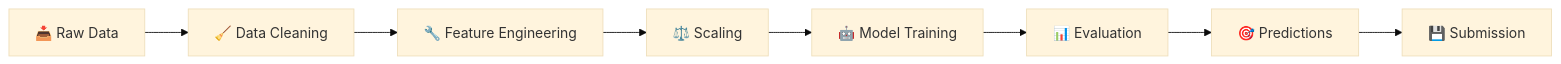
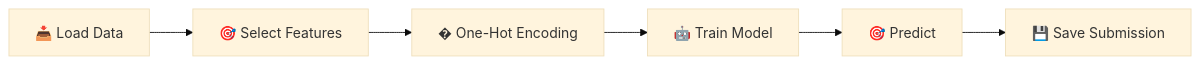
The diagram in README.md (NourSaudi/Titanic), drawn with Mermaid (base theme) before and after one commit. The commit also changed other lines of this file, not shown here.

````diff
--- a/README.md
+++ b/README.md
@@ -174,10 +162,8 @@
 ```mermaid
 graph LR
-    A[📥 Raw Data] --> B[🧹 Data Cleaning]
-    B --> C[🔧 Feature Engineering]
-    C --> D[⚖️ Scaling]
-    D --> E[🤖 Model Training]
-    E --> F[📊 Evaluation]
-    F --> G[🎯 Predictions]
-    G --> H[💾 Submission]
+    A[📥 Load Data] --> B[🎯 Select Features]
+    B --> C[� One-Hot Encoding]
+    C --> D[🤖 Train Model]
+    D --> E[🎯 Predict]
+    E --> F[💾 Save Submission]
 ```
````
